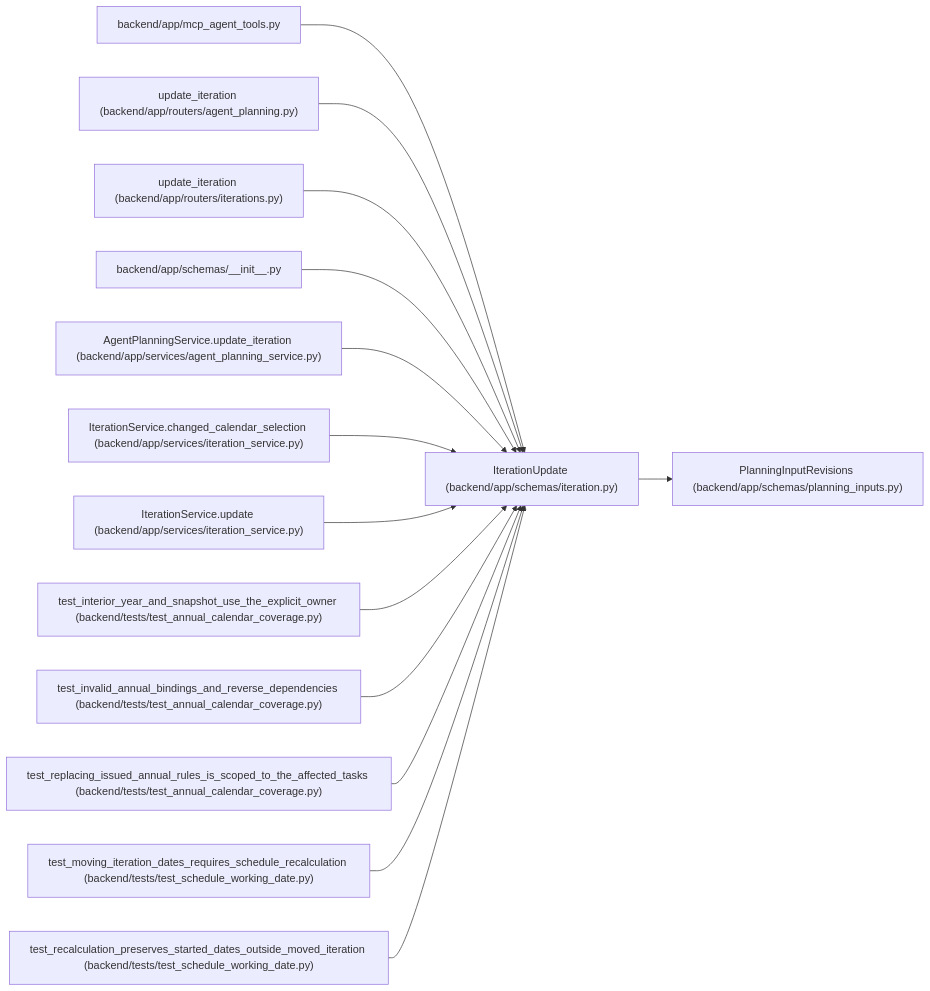
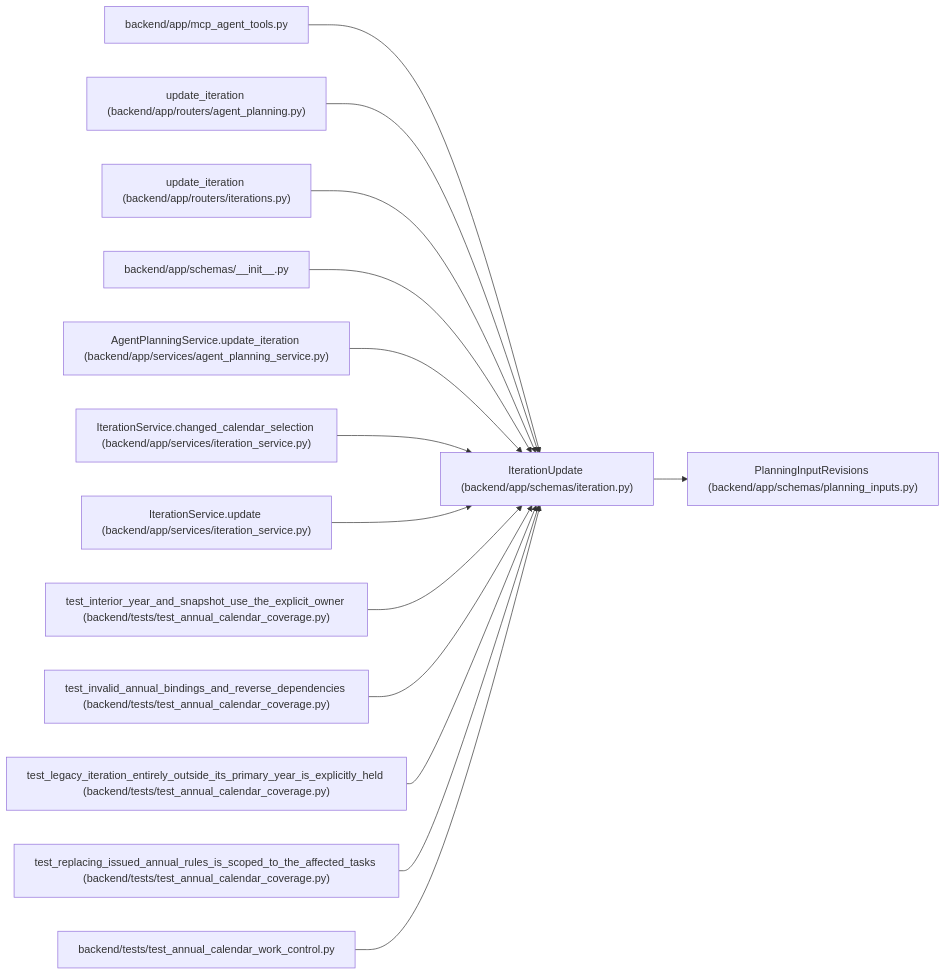
Before and after one commit to Denissvgn/WorkChord: the diagram in docs/llm_wiki/entities/schemas_iteration_IterationUpdate.md, drawn with Mermaid. The commit also changed other lines of this file and 557 other files, not shown here.

Commit message:
Document serialized annual changes and scoped commitment warnings

````diff
--- a/docs/llm_wiki/entities/schemas_iteration_IterationUpdate.md
+++ b/docs/llm_wiki/entities/schemas_iteration_IterationUpdate.md
@@ -31,44 +31,44 @@
 ```mermaid
 flowchart LR
     n0["IterationUpdate (backend/app/schemas/iteration.py)"]
     n1["PlanningInputRevisions (backend/app/schemas/planning_inputs.py)"]
     n2["backend/app/mcp_agent_tools.py"]
     n3["update_iteration (backend/app/routers/agent_planning.py)"]
     n4["update_iteration (backend/app/routers/iterations.py)"]
     n5["backend/app/schemas/__init__.py"]
     n6["AgentPlanningService.update_iteration (backend/app/services/agent_planning_service.py)"]
     n7["IterationService.changed_calendar_selection (backend/app/services/iteration_service.py)"]
     n8["IterationService.update (backend/app/services/iteration_service.py)"]
     n9["test_interior_year_and_snapshot_use_the_explicit_owner (backend/tests/test_annual_calendar_coverage.py)"]
     n10["test_invalid_annual_bindings_and_reverse_dependencies (backend/tests/test_annual_calendar_coverage.py)"]
-    n11["test_replacing_issued_annual_rules_is_scoped_to_the_affected_tasks (backend/tests/test_annual_calendar_coverage.py)"]
-    n12["test_moving_iteration_dates_requires_schedule_recalculation (backend/tests/test_schedule_working_date.py)"]
-    n13["test_recalculation_preserves_started_dates_outside_moved_iteration (backend/tests/test_schedule_working_date.py)"]
+    n11["test_legacy_iteration_entirely_outside_its_primary_year_is_explicitly_held (backend/tests/test_annual_calendar_coverage.py)"]
+    n12["test_replacing_issued_annual_rules_is_scoped_to_the_affected_tasks (backend/tests/test_annual_calendar_coverage.py)"]
+    n13["backend/tests/test_annual_calendar_work_control.py"]
     n0 --> n1
     n2 --> n0
     n3 --> n0
     n4 --> n0
     n5 --> n0
     n6 --> n0
     n7 --> n0
     n8 --> n0
     n9 --> n0
     n10 --> n0
     n11 --> n0
     n12 --> n0
     n13 --> n0
     click n0 "../modules/schemas_iteration.md"
     click n1 "../modules/planning_inputs.md"
     click n2 "../modules/mcp_agent_tools.md"
     click n3 "../modules/routers_agent_planning.md"
     click n4 "../modules/iterations.md"
     click n5 "../modules/schemas___init__.md"
     click n6 "../modules/agent_planning_service.md"
     click n7 "../modules/iteration_service.md"
     click n8 "../modules/iteration_service.md"
     click n9 "../modules/test_annual_calendar_coverage.md"
     click n10 "../modules/test_annual_calendar_coverage.md"
     click n11 "../modules/test_annual_calendar_coverage.md"
-    click n12 "../modules/test_schedule_working_date.md"
-    click n13 "../modules/test_schedule_working_date.md"
+    click n12 "../modules/test_annual_calendar_coverage.md"
+    click n13 "../modules/test_annual_calendar_work_control.md"
 ```
````
